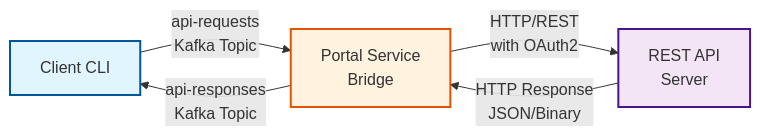
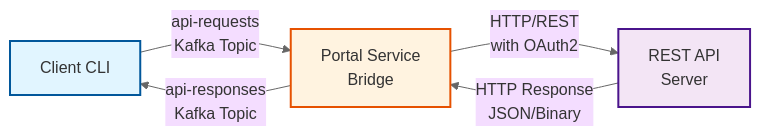
The first of 12 diagrams in PROTOCOL.md (oshea00/kafkasend), drawn with Mermaid before and after one commit. The commit also changed other lines of this file, not shown here.

Commit message:
mermaid configs

````diff
--- a/PROTOCOL.md
+++ b/PROTOCOL.md
@@ -18,11 +18,20 @@
 ```mermaid
+---
+  config:
+    theme: 'base'
+    themeVariables:
+      darkMode: false
+      lineColor: '#666666'
+      mainBkg: '#ffffff'
+    
+---
 graph LR
     A[Client CLI] -->|api-requests<br/>Kafka Topic| B[Portal Service<br/>Bridge]
     B -->|api-responses<br/>Kafka Topic| A
     B -->|HTTP/REST<br/>with OAuth2| C[REST API<br/>Server]
     C -->|HTTP Response<br/>JSON/Binary| B
 
     style A fill:#e1f5ff,stroke:#01579b,stroke-width:2px
     style B fill:#fff3e0,stroke:#e65100,stroke-width:2px
     style C fill:#f3e5f5,stroke:#4a148c,stroke-width:2px
 ```
````
